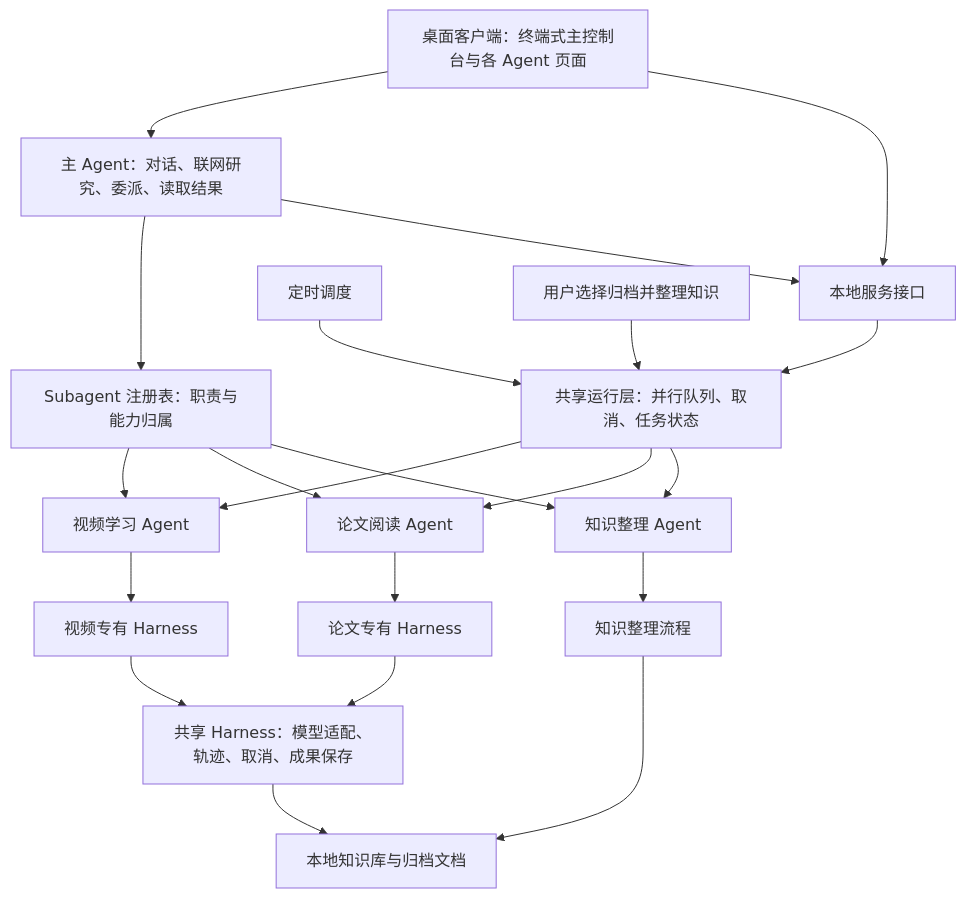
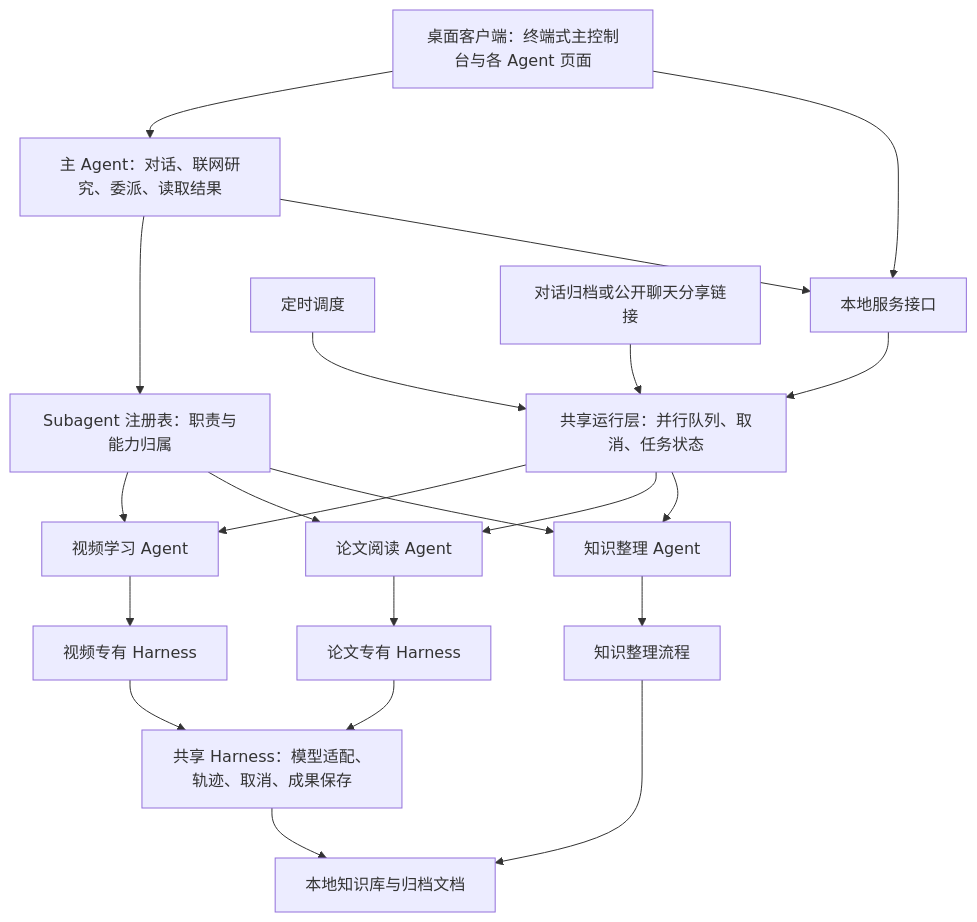
Before and after one commit to her7tz/agent4study: the diagram in 架构框架.md, drawn with Mermaid. The commit also changed other lines of this file and 23 other files, not shown here.

````diff
--- a/架构框架.md
+++ b/架构框架.md
@@ -9,23 +9,23 @@
 ```mermaid
 flowchart TD
     UI[桌面客户端：终端式主控制台与各 Agent 页面] --> MAIN[主 Agent：对话、联网研究、委派、读取结果]
     UI --> API[本地服务接口]
     MAIN --> REG[Subagent 注册表：职责与能力归属]
     MAIN --> API
     API --> POOL[共享运行层：并行队列、取消、任务状态]
     TIMER[定时调度] --> POOL
-    ARCHIVE[用户选择归档并整理知识] --> POOL
+    ARCHIVE[对话归档或公开聊天分享链接] --> POOL
     REG --> V[视频学习 Agent]
     REG --> P[论文阅读 Agent]
     REG --> K[知识整理 Agent]
     POOL --> V
     POOL --> P
     POOL --> K
     V --> VH[视频专有 Harness]
     P --> PH[论文专有 Harness]
     K --> KH[知识整理流程]
     VH --> SH[共享 Harness：模型适配、轨迹、取消、成果保存]
     PH --> SH
     KH --> DATA[本地知识库与归档文档]
     SH --> DATA
 ```
````
